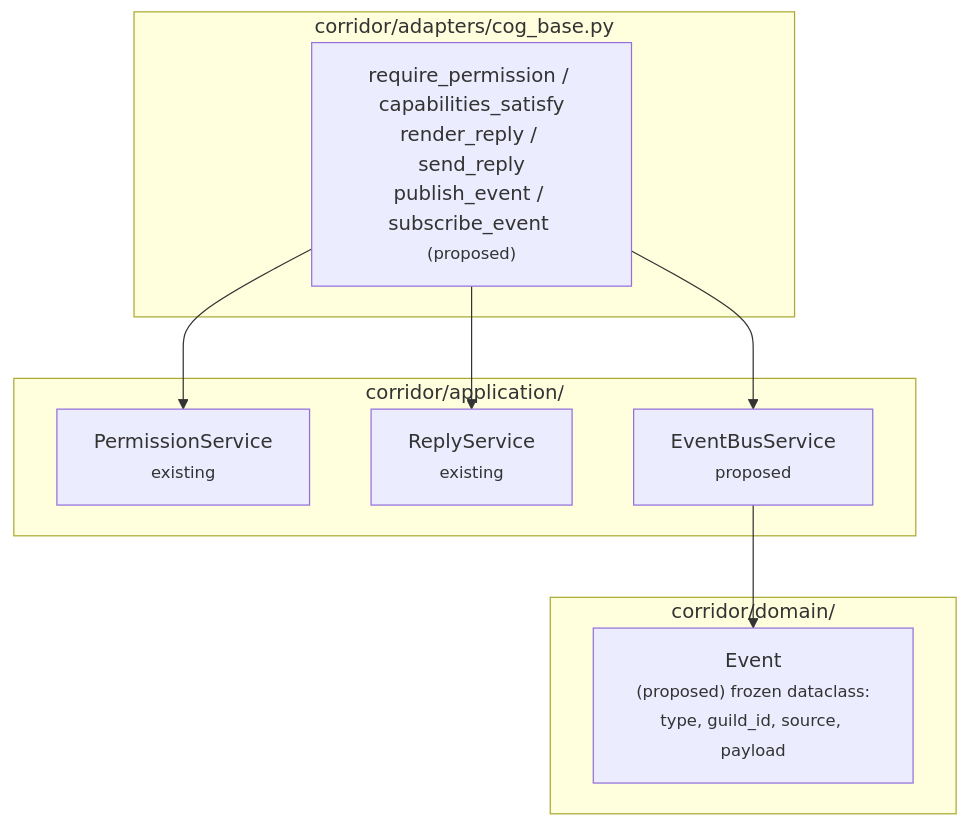
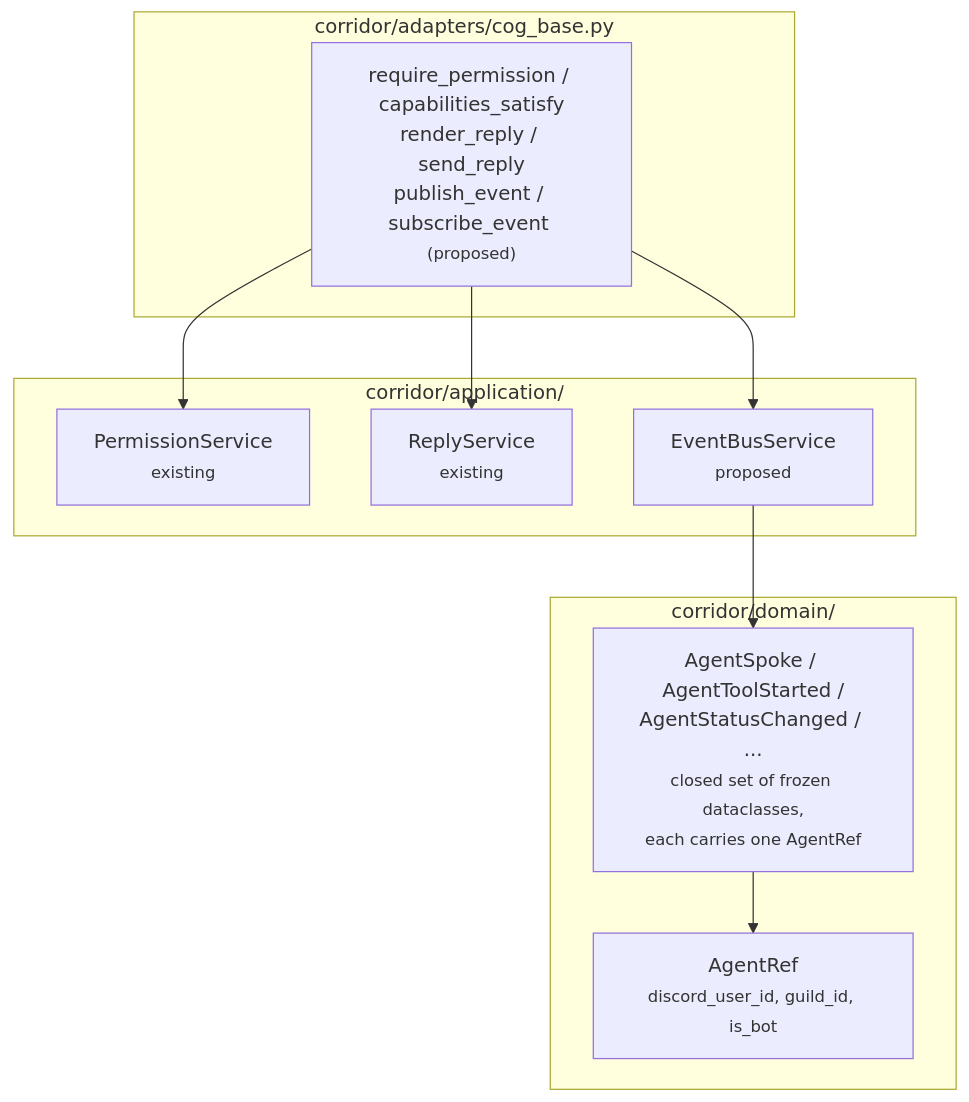
Before and after one commit to pixel-agents-hq/pixel-agents-cogs: the second of 4 diagrams in docs/corridor-pubsub-design.md, drawn with Mermaid. The commit also changed other lines of this file, not shown here.

First line of the commit message:
docs: rework pubsub domain model as a closed set of agent dataclasses

````diff
--- a/docs/corridor-pubsub-design.md
+++ b/docs/corridor-pubsub-design.md
@@ -120,19 +120,21 @@
 ```mermaid
 flowchart TB
     subgraph domain["corridor/domain/"]
-        event_model["Event<br/><small>(proposed) frozen dataclass:<br/>type, guild_id, source, payload</small>"]
+        agent_ref["AgentRef<br/><small>discord_user_id, guild_id, is_bot</small>"]
+        activities["AgentSpoke / AgentToolStarted /<br/>AgentStatusChanged / ...<br/><small>closed set of frozen dataclasses,<br/>each carries one AgentRef</small>"]
     end
     subgraph application["corridor/application/"]
         perm["PermissionService<br/><small>existing</small>"]
         reply["ReplyService<br/><small>existing</small>"]
         bus_svc["EventBusService<br/><small>proposed</small>"]
     end
     subgraph adapters["corridor/adapters/cog_base.py"]
         chokepoints["require_permission / capabilities_satisfy<br/>render_reply / send_reply<br/>publish_event / subscribe_event <small>(proposed)</small>"]
     end
 
-    bus_svc --> event_model
+    activities --> agent_ref
+    bus_svc --> activities
     chokepoints --> perm
     chokepoints --> reply
     chokepoints --> bus_svc
 ```
````
